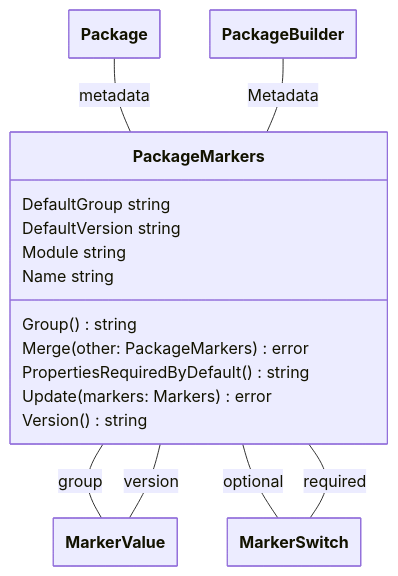
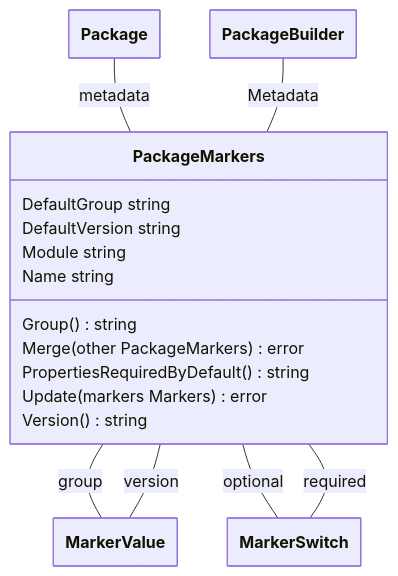
The tenth of 17 diagrams in docs/model/model.md (theunrepentantgeek/crddoc), drawn with Mermaid before and after one commit. The commit also changed other lines of this file, not shown here.

````diff
--- a/docs/model/model.md
+++ b/docs/model/model.md
@@ -572,38 +572,38 @@
 ```mermaid
 ---
   config:
     class:
       hideEmptyMembersBox: true
 ---
 classDiagram
 
 class PackageMarkers["PackageMarkers"]{  
       DefaultGroup string  
       DefaultVersion string  
       Module string  
       Name string  
       Group()string  
-      Merge(other: PackageMarkers)error  
+      Merge(other PackageMarkers)error  
       PropertiesRequiredByDefault()string  
-      Update(markers: Markers)error  
+      Update(markers Markers)error  
       Version()string
 
 
 } 
 
 Package -- PackageMarkers : metadata 
 PackageBuilder -- PackageMarkers : Metadata 
 
 PackageMarkers -- MarkerValue : group 
 PackageMarkers -- MarkerSwitch : optional 
 PackageMarkers -- MarkerSwitch : required 
 PackageMarkers -- MarkerValue : version 
 
 class Package["Package"]
 class PackageBuilder["PackageBuilder"]
 class MarkerValue["MarkerValue"]
 class MarkerSwitch["MarkerSwitch"]
 class MarkerSwitch["MarkerSwitch"]
 class MarkerValue["MarkerValue"]
 
 ```
````
